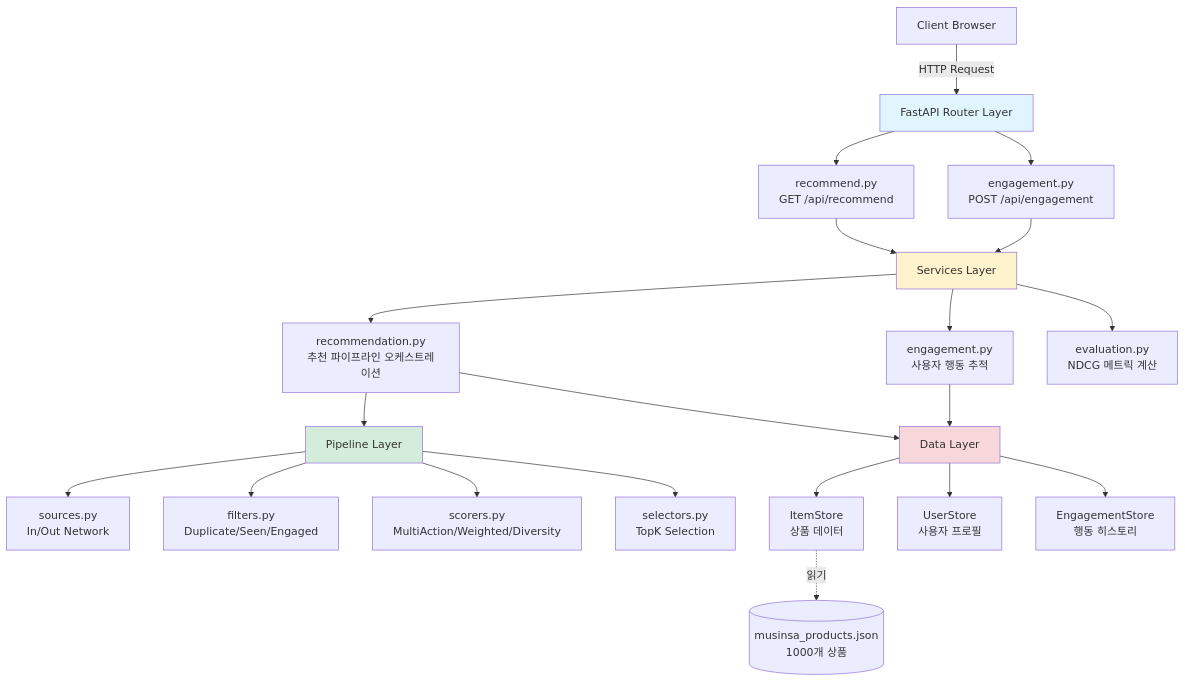
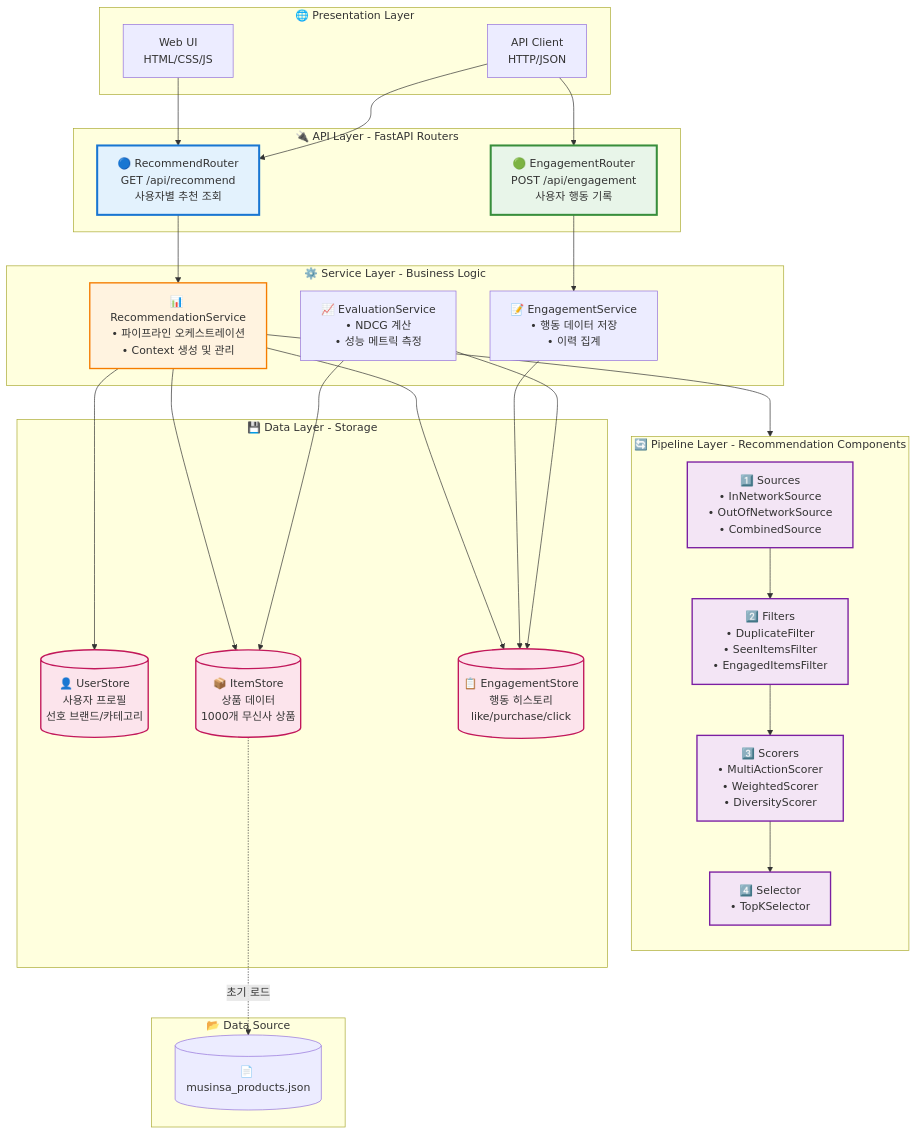
One commit to 01seok/mini-project-recommend changed the third of 4 diagrams in README.md. Above: the diagram before and after it, drawn with Mermaid. The commit also changed other lines of this file, not shown here.

First line of the commit message:
[DOCS] docs: 코드 품질 평가 개선 및 시퀀스 다이어그램 추가

````diff
--- a/README.md
+++ b/README.md
@@ -270,35 +270,69 @@
 ```mermaid
-graph TD
-    A[Client Browser] -->|HTTP Request| B[FastAPI Router Layer]
+graph TB
+    subgraph "🌐 Presentation Layer"
+        A1[Web UI<br/>HTML/CSS/JS]
+        A2[API Client<br/>HTTP/JSON]
+    end
 
-    B --> C1[recommend.py<br/>GET /api/recommend]
-    B --> C2[engagement.py<br/>POST /api/engagement]
+    subgraph "🔌 API Layer - FastAPI Routers"
+        B1["🔵 RecommendRouter<br/>GET /api/recommend<br/>사용자별 추천 조회"]
+        B2["🟢 EngagementRouter<br/>POST /api/engagement<br/>사용자 행동 기록"]
+    end
 
-    C1 --> D[Services Layer]
-    C2 --> D
+    subgraph "⚙️ Service Layer - Business Logic"
+        C1["📊 RecommendationService<br/>• 파이프라인 오케스트레이션<br/>• Context 생성 및 관리"]
+        C2["📝 EngagementService<br/>• 행동 데이터 저장<br/>• 이력 집계"]
+        C3["📈 EvaluationService<br/>• NDCG 계산<br/>• 성능 메트릭 측정"]
+    end
 
-    D --> E1[recommendation.py<br/>추천 파이프라인 오케스트레이션]
-    D --> E2[engagement.py<br/>사용자 행동 추적]
-    D --> E3[evaluation.py<br/>NDCG 메트릭 계산]
+    subgraph "🔄 Pipeline Layer - Recommendation Components"
+        direction TB
+        D1["1️⃣ Sources<br/>• InNetworkSource<br/>• OutOfNetworkSource<br/>• CombinedSource"]
+        D2["2️⃣ Filters<br/>• DuplicateFilter<br/>• SeenItemsFilter<br/>• EngagedItemsFilter"]
+        D3["3️⃣ Scorers<br/>• MultiActionScorer<br/>• WeightedScorer<br/>• DiversityScorer"]
+        D4["4️⃣ Selector<br/>• TopKSelector"]
 
-    E1 --> F[Pipeline Layer]
+        D1 --> D2
+        D2 --> D3
+        D3 --> D4
+    end
 
-    F --> G1[sources.py<br/>In/Out Network]
-    F --> G2[filters.py<br/>Duplicate/Seen/Engaged]
-    F --> G3[scorers.py<br/>MultiAction/Weighted/Diversity]
-    F --> G4[selectors.py<br/>TopK Selection]
+    subgraph "💾 Data Layer - Storage"
+        E1[("👤 UserStore<br/>사용자 프로필<br/>선호 브랜드/카테고리")]
+        E2[("📦 ItemStore<br/>상품 데이터<br/>1000개 무신사 상품")]
+        E3[("📋 EngagementStore<br/>행동 히스토리<br/>like/purchase/click")]
+    end
 
-    E1 --> H[Data Layer]
-    E2 --> H
+    subgraph "📂 Data Source"
+        F1[("📄 musinsa_products.json")]
+    end
 
-    H --> I1[ItemStore<br/>상품 데이터]
-    H --> I2[UserStore<br/>사용자 프로필]
-    H --> I3[EngagementStore<br/>행동 히스토리]
+    A1 --> B1
+    A2 --> B1
+    A2 --> B2
 
-    I1 -.->|읽기| J[(musinsa_products.json<br/>1000개 상품)]
+    B1 --> C1
+    B2 --> C2
 
-    style B fill:#e1f5ff
-    style D fill:#fff3cd
-    style F fill:#d4edda
-    style H fill:#f8d7da
+    C1 --> D1
+    C1 --> E1
+    C1 --> E2
+    C1 --> E3
+
+    C2 --> E3
+    C3 --> E2
+    C3 --> E3
+
+    E2 -.->|초기 로드| F1
+
+    style B1 fill:#e3f2fd,stroke:#1976d2,stroke-width:3px
+    style B2 fill:#e8f5e9,stroke:#388e3c,stroke-width:3px
+    style C1 fill:#fff3e0,stroke:#f57c00,stroke-width:2px
+    style D1 fill:#f3e5f5,stroke:#7b1fa2,stroke-width:2px
+    style D2 fill:#f3e5f5,stroke:#7b1fa2,stroke-width:2px
+    style D3 fill:#f3e5f5,stroke:#7b1fa2,stroke-width:2px
+    style D4 fill:#f3e5f5,stroke:#7b1fa2,stroke-width:2px
+    style E1 fill:#fce4ec,stroke:#c2185b,stroke-width:2px
+    style E2 fill:#fce4ec,stroke:#c2185b,stroke-width:2px
+    style E3 fill:#fce4ec,stroke:#c2185b,stroke-width:2px
 ```
````
